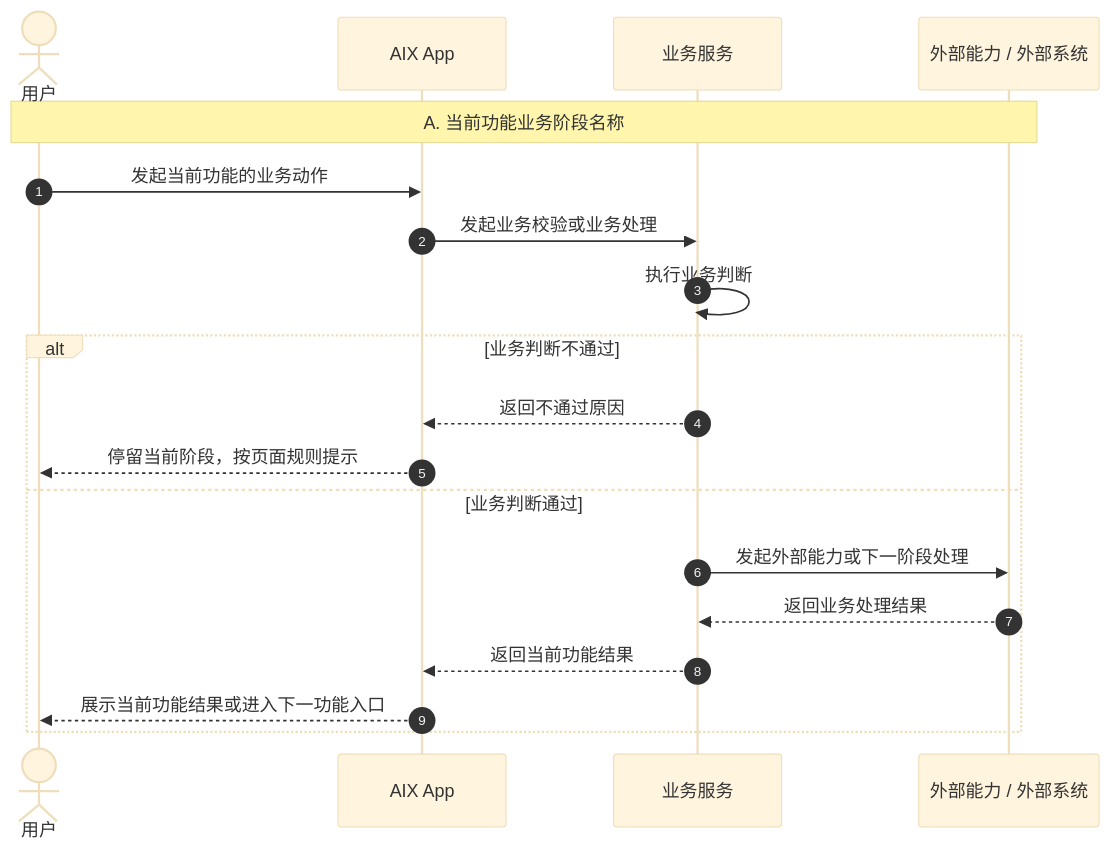
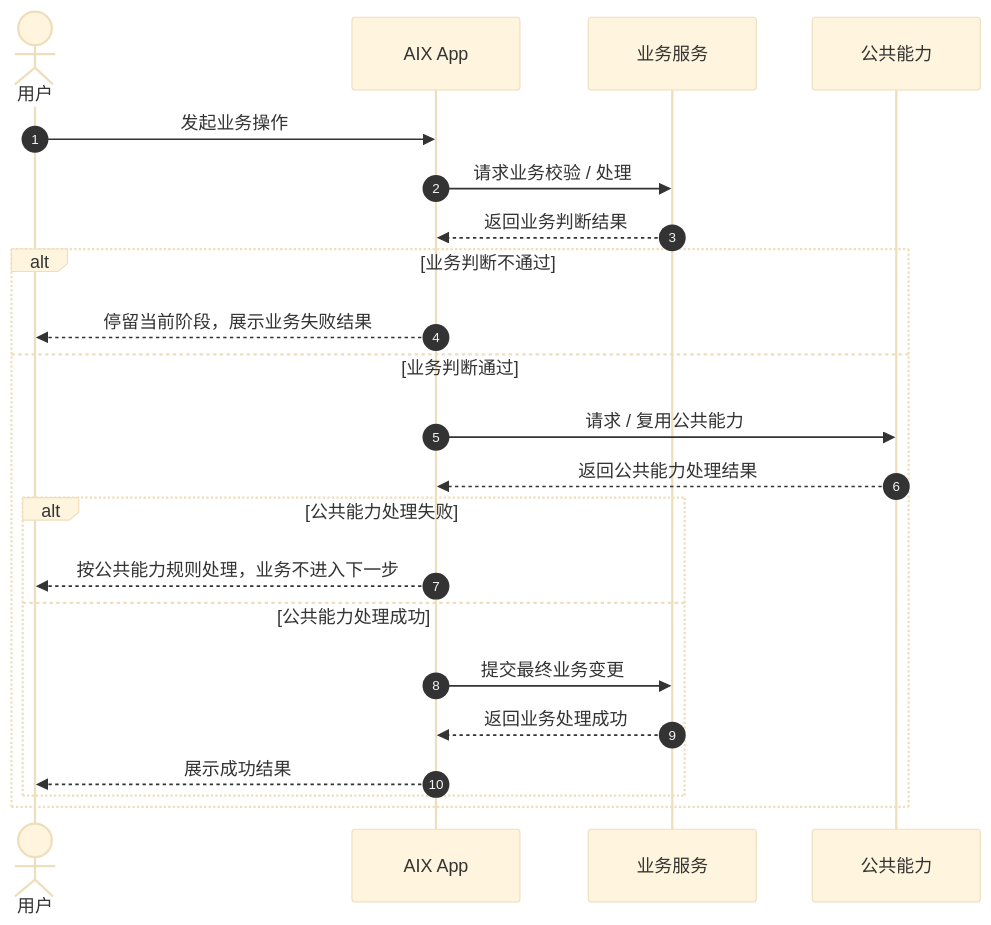
One commit to kelvin381539960-cyber/prd-for-ai changed the first of 2 diagrams in prd-template/standard-prd-template.md. Above: the diagram before and after it, drawn with Mermaid (base theme). The commit also changed other lines of this file, not shown here.

````diff
--- a/prd-template/standard-prd-template.md
+++ b/prd-template/standard-prd-template.md
@@ -158,23 +74,27 @@
 ```mermaid
 sequenceDiagram
     autonumber
-    actor 用户
+    actor User as 用户
     participant App as AIX App
     participant Service as 业务服务
-    participant External as 外部能力 / 外部系统
+    participant Common as 公共能力
 
-    Note over 用户,External: A. 当前功能业务阶段名称
-    用户->>App: 发起当前功能的业务动作
-    App->>Service: 发起业务校验或业务处理
-    Service->>Service: 执行业务判断
+    User->>App: 发起业务操作
+    App->>Service: 请求业务校验 / 处理
+    Service-->>App: 返回业务判断结果
 
     alt 业务判断不通过
-        Service-->>App: 返回不通过原因
-        App-->>用户: 停留当前阶段，按页面规则提示
+        App-->>User: 停留当前阶段，展示业务失败结果
     else 业务判断通过
-        Service->>External: 发起外部能力或下一阶段处理
-        External-->>Service: 返回业务处理结果
-        Service-->>App: 返回当前功能结果
-        App-->>用户: 展示当前功能结果或进入下一功能入口
+        App->>Common: 请求 / 复用公共能力
+        Common-->>App: 返回公共能力处理结果
+
+        alt 公共能力处理失败
+            App-->>User: 按公共能力规则处理，业务不进入下一步
+        else 公共能力处理成功
+            App->>Service: 提交最终业务变更
+            Service-->>App: 返回业务处理成功
+            App-->>User: 展示成功结果
+        end
     end
 ```
````
